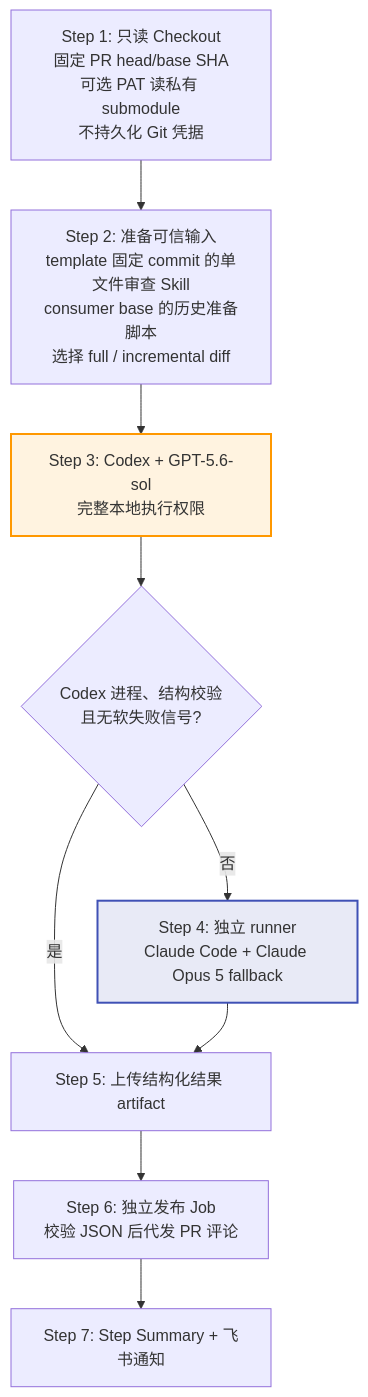
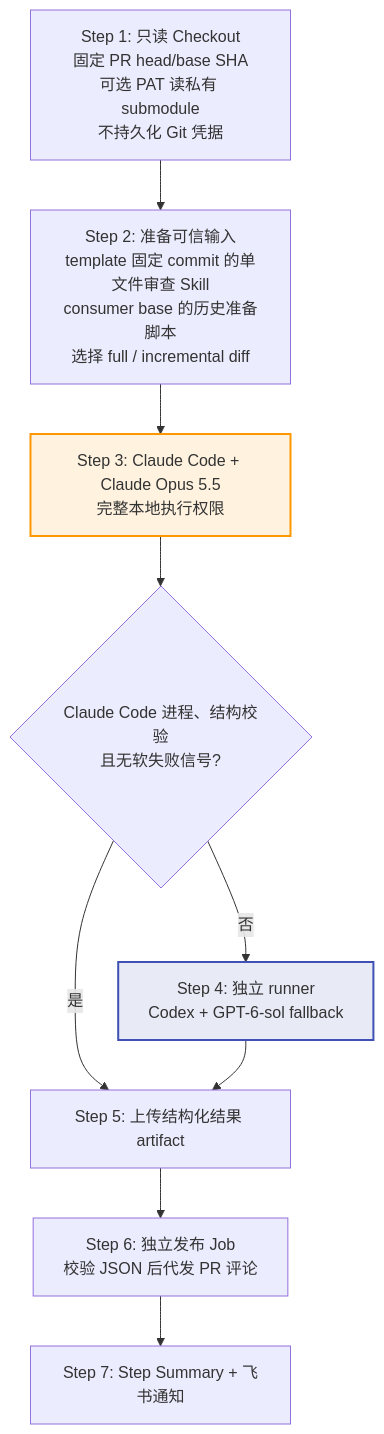
Before and after one commit to Lightspeed-Intelligence/agentic-workflow-template: the fourth of 13 diagrams in docs/code-review-design.md, drawn with Mermaid. The commit also changed other lines of this file and 13 other files, not shown here.

First line of the commit message:
feat(agentic): 改为 Claude Code 主链路、Codex fallback

````diff
--- a/docs/code-review-design.md
+++ b/docs/code-review-design.md
@@ -126,19 +126,19 @@
 ```mermaid
 flowchart TD
     A["Step 1: 只读 Checkout<br/>固定 PR head/base SHA<br/>可选 PAT 读私有 submodule<br/>不持久化 Git 凭据"]
     B["Step 2: 准备可信输入<br/>template 固定 commit 的单文件审查 Skill<br/>consumer base 的历史准备脚本<br/>选择 full / incremental diff"]
-    C["Step 3: Codex + GPT-5.6-sol<br/>完整本地执行权限"]
-    D{"Codex 进程、结构校验<br/>且无软失败信号?"}
-    E["Step 4: 独立 runner<br/>Claude Code + Claude Opus 5 fallback"]
+    C["Step 3: Claude Code + Claude Opus 5.5<br/>完整本地执行权限"]
+    D{"Claude Code 进程、结构校验<br/>且无软失败信号?"}
+    E["Step 4: 独立 runner<br/>Codex + GPT-6-sol fallback"]
     F["Step 5: 上传结构化结果 artifact"]
     G["Step 6: 独立发布 Job<br/>校验 JSON 后代发 PR 评论"]
     H["Step 7: Step Summary + 飞书通知"]
 
     A --> B --> C --> D
     D -->|是| F
     D -->|否| E --> F
     F --> G --> H
 
     style C fill:#fff3e0,stroke:#FF9800,stroke-width:2px
     style E fill:#e8eaf6,stroke:#3F51B5,stroke-width:2px
 ```
````
